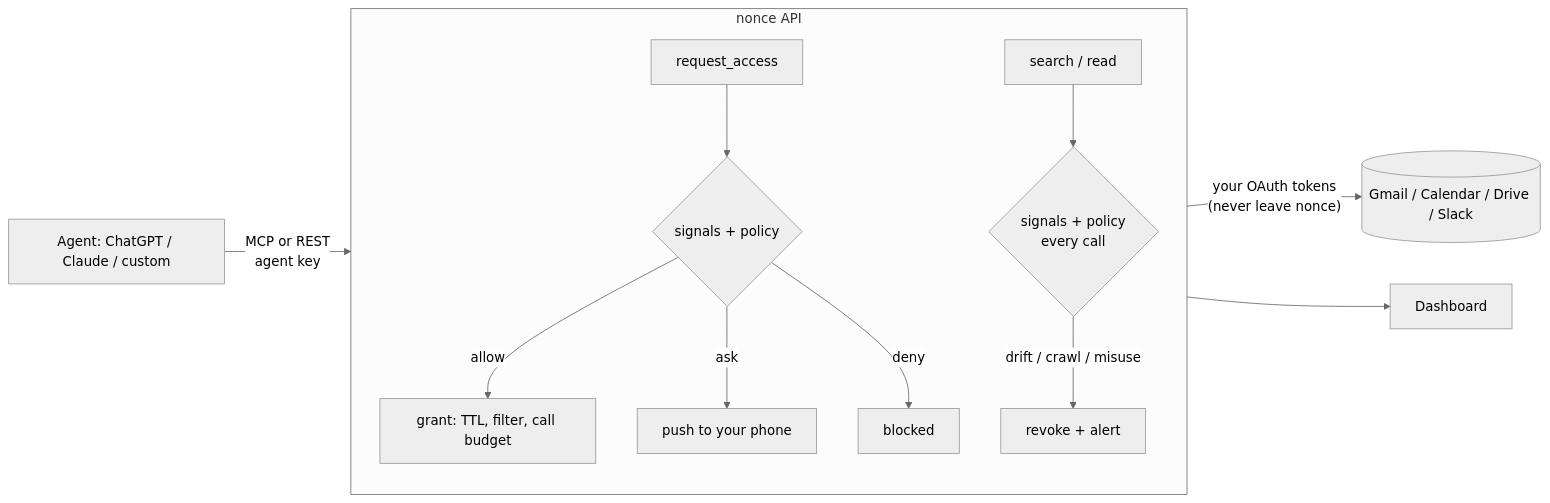
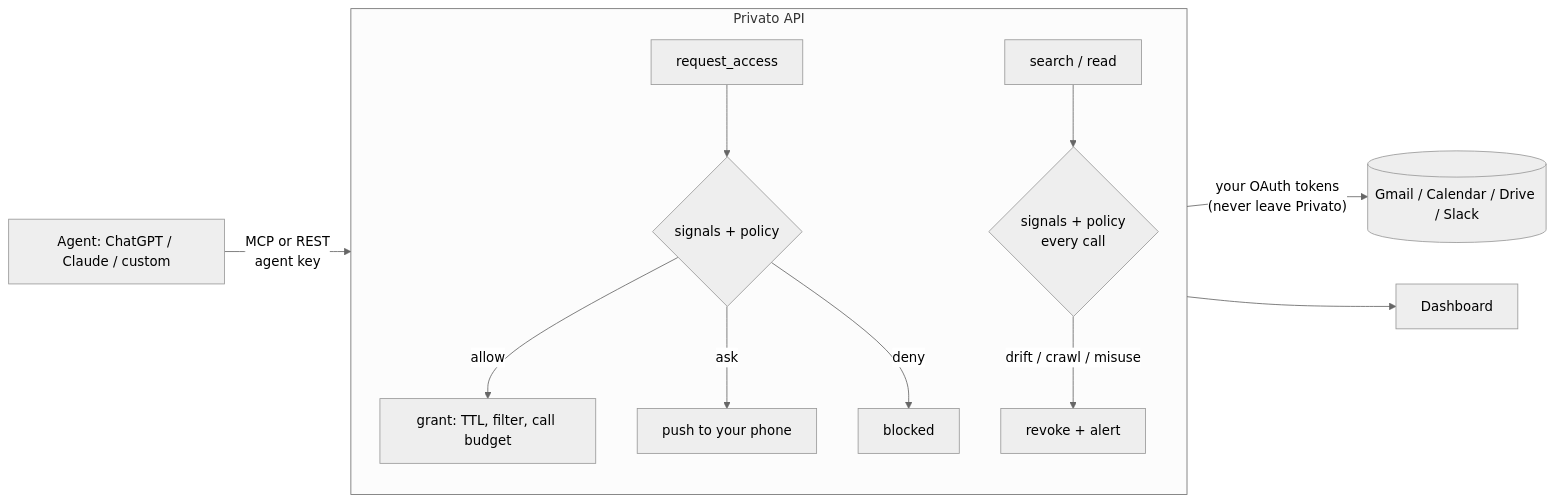
One commit to roe-ai/nonce changed the first of 2 diagrams in README.md. Above: the diagram before and after it, drawn with Mermaid (neutral theme). The commit also changed other lines of this file and 81 other files, not shown here.

````diff
--- a/README.md
+++ b/README.md
@@ -9,15 +9,15 @@
 ```mermaid
 flowchart LR
     A[Agent: ChatGPT / Claude / custom] -- "MCP or REST\nagent key" --> P
-    subgraph P [nonce API]
+    subgraph P [Privato API]
       direction TB
       R[request_access] --> J{signals + policy}
       J -- allow --> G[grant: TTL, filter, call budget]
       J -- ask --> N[push to your phone]
       J -- deny --> X[blocked]
       S[search / read] --> J2{signals + policy\nevery call}
       J2 -- drift / crawl / misuse --> V[revoke + alert]
     end
-    P -- "your OAuth tokens\n(never leave nonce)" --> GM[(Gmail / Calendar / Drive / Slack)]
+    P -- "your OAuth tokens\n(never leave Privato)" --> GM[(Gmail / Calendar / Drive / Slack)]
     P --> D[Dashboard]
 ```
````
